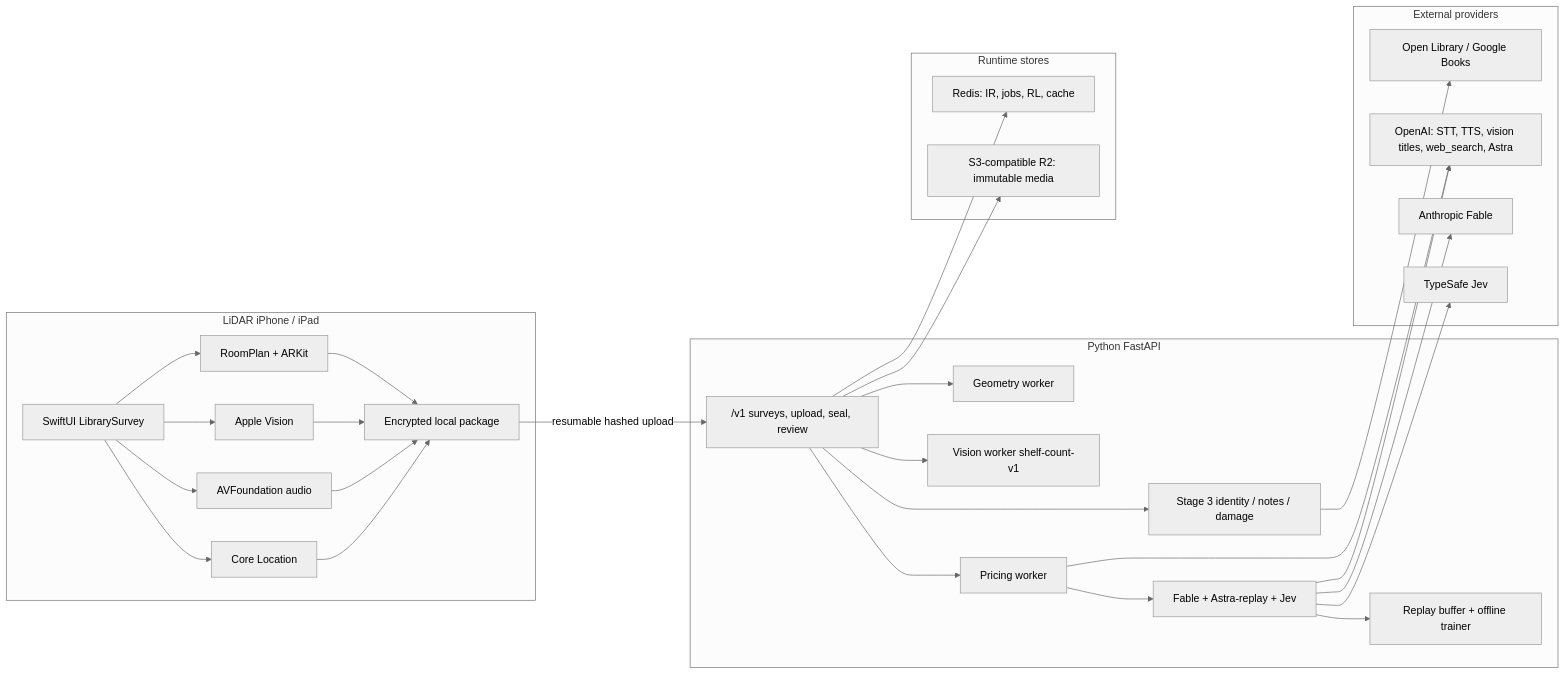
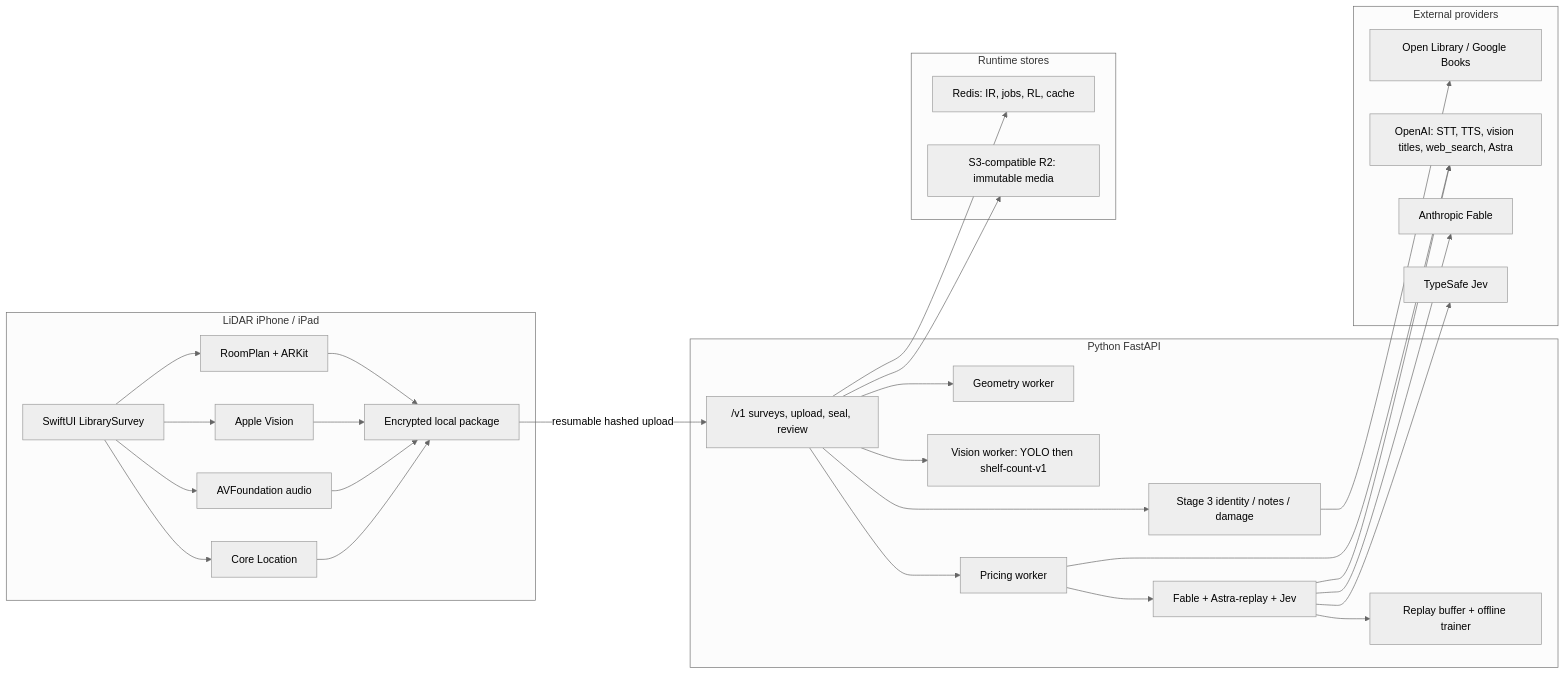
The first of 17 diagrams in docs/architecture.md (harshsinha-12/library-estimate), drawn with Mermaid (neutral theme) before and after one commit. The commit also changed other lines of this file and 9 other files, not shown here.

First line of the commit message:
Use YOLO as the initial after-seal count and crop source

````diff
--- a/docs/architecture.md
+++ b/docs/architecture.md
@@ -39,56 +39,56 @@
 ```mermaid
 flowchart LR
   subgraph Device["LiDAR iPhone / iPad"]
     APP["SwiftUI LibrarySurvey"]
     RP["RoomPlan + ARKit"]
     VN["Apple Vision"]
     AV["AVFoundation audio"]
     CL["Core Location"]
     PKG["Encrypted local package"]
     APP --> RP
     APP --> VN
     APP --> AV
     APP --> CL
     RP --> PKG
     VN --> PKG
     AV --> PKG
     CL --> PKG
   end
 
   subgraph Backend["Python FastAPI"]
     API["/v1 surveys, upload, seal, review"]
     GEO["Geometry worker"]
-    CV["Vision worker shelf-count-v1"]
+    CV["Vision worker: YOLO then shelf-count-v1"]
     S3W["Stage 3 identity / notes / damage"]
     PRICE["Pricing worker"]
     MOD["Fable + Astra-replay + Jev"]
     RL["Replay buffer + offline trainer"]
     API --> GEO
     API --> CV
     API --> S3W
     API --> PRICE
     PRICE --> MOD
     MOD --> RL
   end
 
   subgraph Stores["Runtime stores"]
     REDIS["Redis: IR, jobs, RL, cache"]
     R2["S3-compatible R2: immutable media"]
   end
 
   subgraph Providers["External providers"]
     OL["Open Library / Google Books"]
     OAI["OpenAI: STT, TTS, vision titles, web_search, Astra"]
     ANT["Anthropic Fable"]
     JEV["TypeSafe Jev"]
   end
 
   PKG -->|"resumable hashed upload"| API
   API --> REDIS
   API --> R2
   S3W --> OL
   PRICE --> OAI
   MOD --> ANT
   MOD --> OAI
   MOD --> JEV
 ```
````
